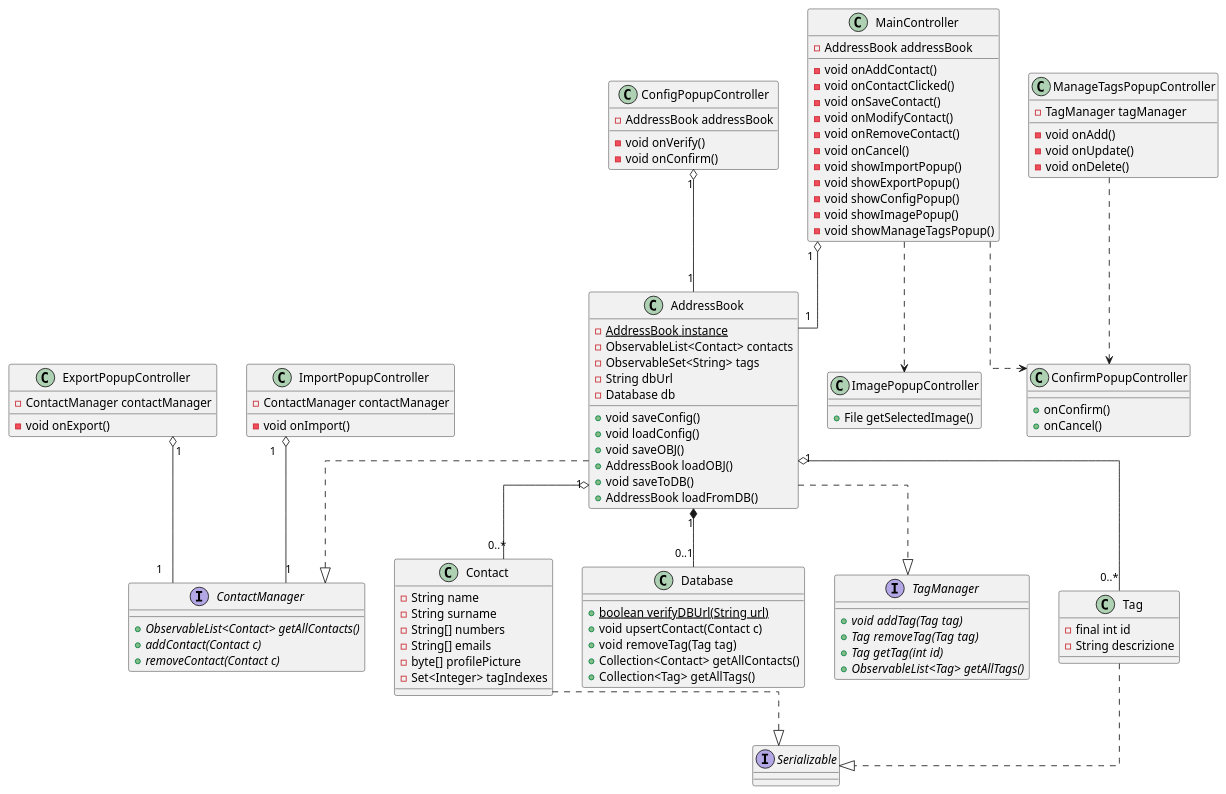
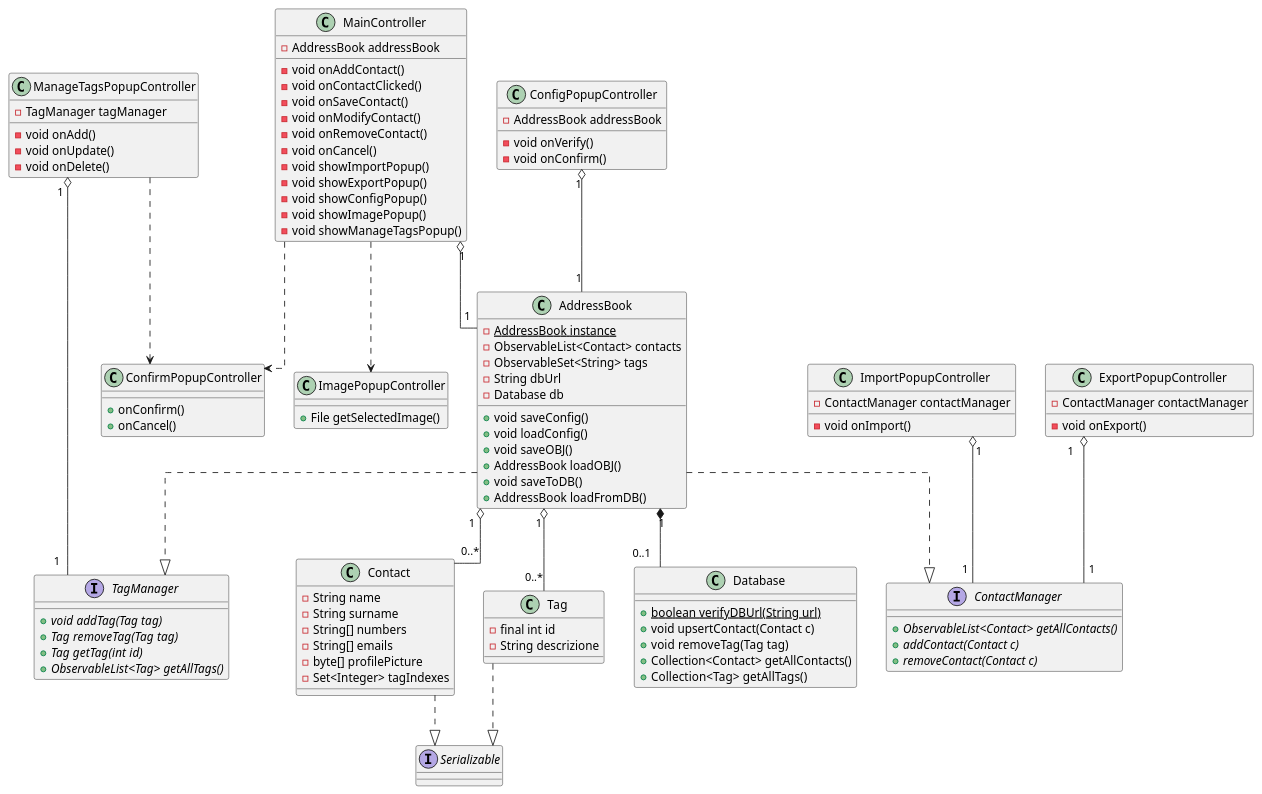
Before and after one commit to savaava/ProgettoRubrica: the diagram in documenti/diagrammi di classe/puml/diagrammaClassiEssenziale.puml, drawn with PlantUML. The commit also changed 8 other files, not shown here.

```diff
--- a/documenti/diagrammi di classe/puml/diagrammaClassiEssenziale.puml
+++ b/documenti/diagrammi di classe/puml/diagrammaClassiEssenziale.puml
@@ -1,132 +1,134 @@
 @startuml DiagrammaClassiEssenziale
 skinparam linetype ortho
 'left to right direction
 
 
 '****************** CLASSI ******************
 class Contact {
     - String name 
     - String surname 
     - String[] numbers
     - String[] emails
     - byte[] profilePicture
     - Set<Integer> tagIndexes  
 }
 
 class AddressBook {
     - {static} AddressBook instance
     - ObservableList<Contact> contacts
     - ObservableSet<String> tags
     - String dbUrl
     - Database db
 
     + void saveConfig()
     + void loadConfig()
     + void saveOBJ()
     + AddressBook loadOBJ()
     + void saveToDB()
     + AddressBook loadFromDB()    
 }
 
 class MainController {
     - AddressBook addressBook
 
     - void onAddContact()
     - void onContactClicked()
     - void onSaveContact()
     - void onModifyContact()
     - void onRemoveContact()
     - void onCancel()
     - void showImportPopup()
     - void showExportPopup()
     - void showConfigPopup()
     - void showImagePopup()
     - void showManageTagsPopup()
 }
 
 class ImportPopupController {
     - ContactManager contactManager
     - void onImport()
 }
 
 class ExportPopupController {
     - ContactManager contactManager
     - void onExport()
 }
 
 class ManageTagsPopupController {
     - TagManager tagManager
     - void onAdd()
     - void onUpdate()
     - void onDelete()
 }
 
 class ImagePopupController {
     + File getSelectedImage()
 }
 
 class ConfirmPopupController {
     + onConfirm()
     + onCancel()
 }
 
 class ConfigPopupController {
     - AddressBook addressBook
 
     - void onVerify()
     - void onConfirm()
 }
 
 class Tag {
     - final int id
     - String descrizione
 }
 
 class Database {
     + {static} boolean verifyDBUrl(String url)
     + void upsertContact(Contact c)
     + void removeTag(Tag tag)
     + Collection<Contact> getAllContacts()
     + Collection<Tag> getAllTags()
 } 
 
 '****************** INTERFACCE ******************
 interface Serializable
 
 interface TagManager {
     +{abstract} void addTag(Tag tag)
     +{abstract} Tag removeTag(Tag tag)
     +{abstract} Tag getTag(int id)
     +{abstract} ObservableList<Tag> getAllTags()
 }
 
 interface ContactManager {
     +{abstract} ObservableList<Contact> getAllContacts()
     +{abstract} addContact(Contact c)
     +{abstract} removeContact(Contact c)
 }
 
 '****************** RELAZIONI ******************
 Contact ..|> Serializable
 
 Tag ..|> Serializable
 
 AddressBook "1" o-- "0..*" Contact
 AddressBook "1" *-- "0..1" Database
 AddressBook "1" o-- "0..*" Tag
 AddressBook ..|> TagManager
 AddressBook ..|> ContactManager
 
 MainController "1" o-- "1" AddressBook
 MainController ..> ImagePopupController
 MainController ..> ConfirmPopupController
 
 ManageTagsPopupController ..> ConfirmPopupController
 
 ExportPopupController "1" o-- "1" ContactManager
 
 ImportPopupController "1" o-- "1" ContactManager
 
 ConfigPopupController "1" o-- "1" AddressBook
 
+ManageTagsPopupController "1" o-- "1" TagManager
+
 @enduml
```
